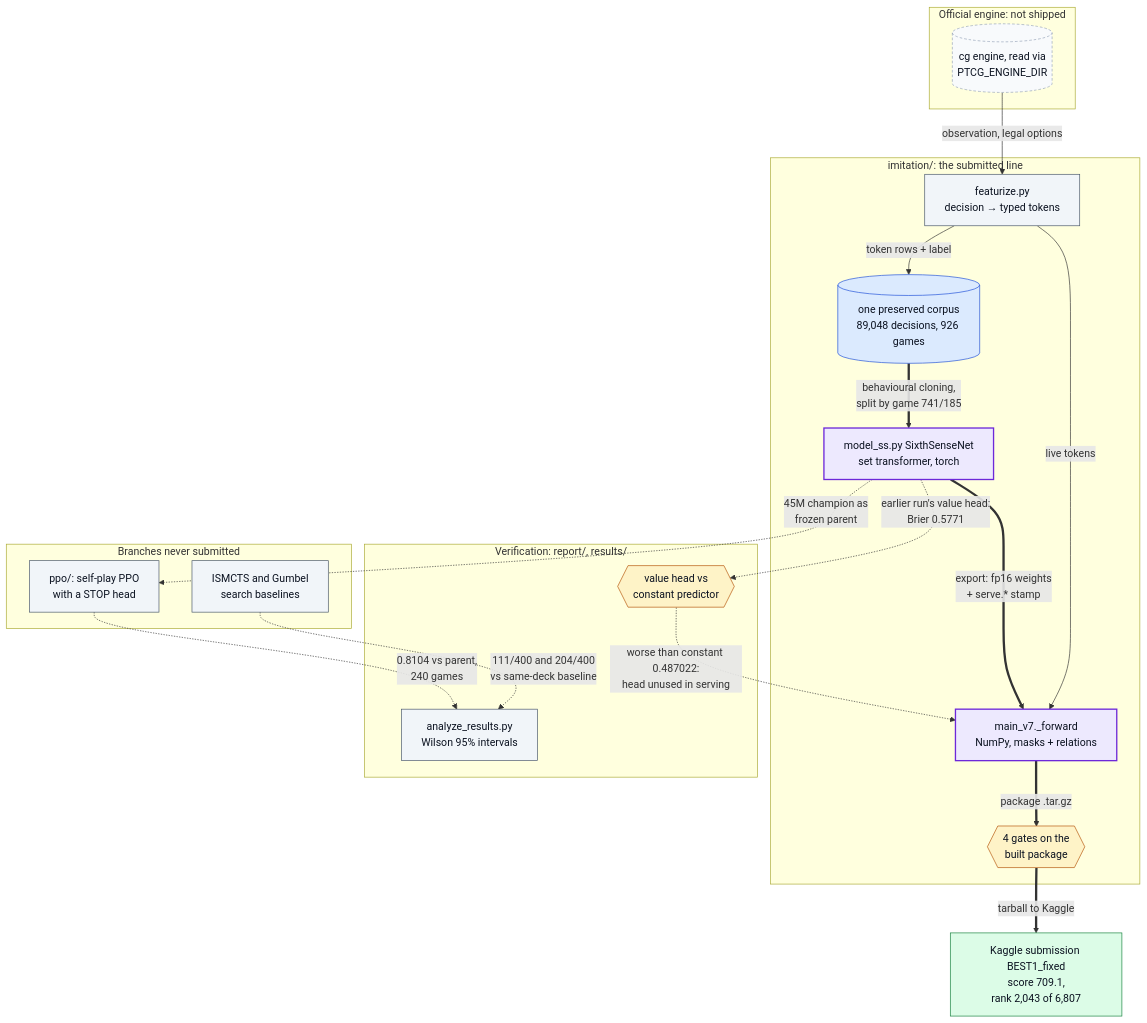
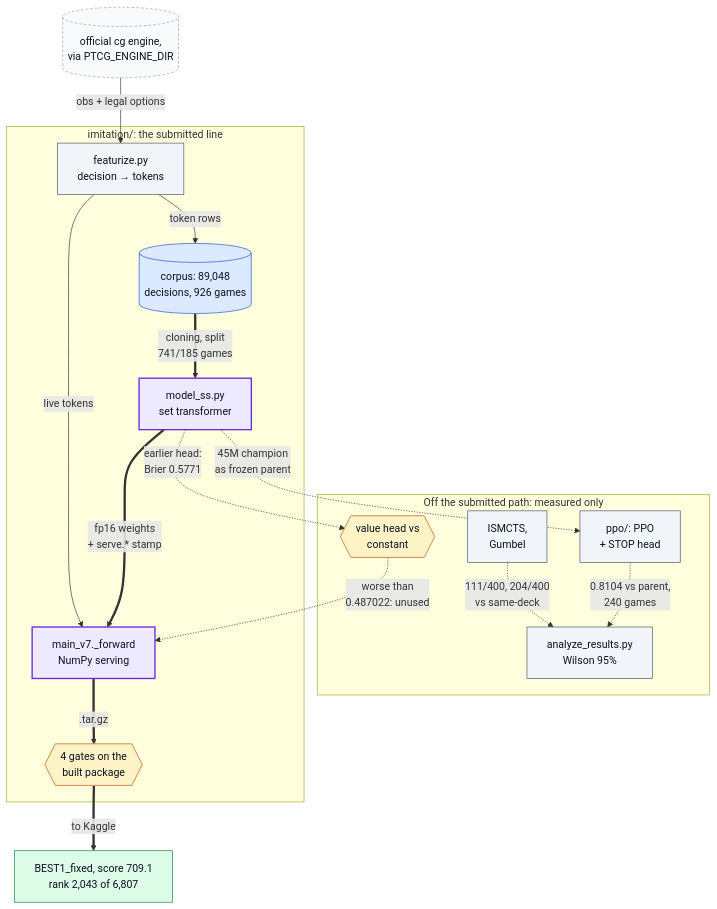
The first of 3 diagrams in README.md (oscar-chw/ptcg-ai-battle), drawn with Mermaid before and after one commit. The commit also changed other lines of this file and 2 other files, not shown here.

Commit message:
docs: make diagrams legible at README width

````diff
--- a/README.md
+++ b/README.md
@@ -16,47 +16,43 @@
 ```mermaid
 flowchart TB
-  subgraph ENGINE["Official engine: not shipped"]
-    ENG[("cg engine, read via<br/>PTCG_ENGINE_DIR")]
+  subgraph SIDE["Off the submitted path: measured only"]
+    PPO["ppo/: PPO<br/>+ STOP head"]
+    SEARCH["ISMCTS,<br/>Gumbel"]
+    WIL["analyze_results.py<br/>Wilson 95%"]
+    BRIER{{"value head vs<br/>constant"}}
   end
+  ENG[("official cg engine,<br/>via PTCG_ENGINE_DIR")]
   subgraph IMIT["imitation/: the submitted line"]
-    FEAT["featurize.py<br/>decision → typed tokens"]
-    CORP[("one preserved corpus<br/>89,048 decisions, 926 games")]
-    MODEL["model_ss.py SixthSenseNet<br/>set transformer, torch"]
-    SERVE["main_v7._forward<br/>NumPy, masks + relations"]
+    FEAT["featurize.py<br/>decision → tokens"]
+    CORP[("corpus: 89,048<br/>decisions, 926 games")]
+    MODEL["model_ss.py<br/>set transformer"]
+    SERVE["main_v7._forward<br/>NumPy serving"]
     GATES{{"4 gates on the<br/>built package"}}
   end
-  SUB["Kaggle submission BEST1_fixed<br/>score 709.1,<br/>rank 2,043 of 6,807"]
-  subgraph BRANCH["Branches never submitted"]
-    PPO["ppo/: self-play PPO<br/>with a STOP head"]
-    SEARCH["ISMCTS and Gumbel<br/>search baselines"]
-  end
-  subgraph VER["Verification: report/, results/"]
-    WIL["analyze_results.py<br/>Wilson 95% intervals"]
-    BRIER{{"value head vs<br/>constant predictor"}}
-  end
-  ENG -->|"observation, legal options"| FEAT
-  FEAT -->|"token rows + label"| CORP
-  CORP ==>|"behavioural cloning,<br/>split by game 741/185"| MODEL
-  MODEL ==>|"export: fp16 weights<br/>+ serve.* stamp"| SERVE
+  SUB["BEST1_fixed, score 709.1<br/>rank 2,043 of 6,807"]
+  ENG -->|"obs + legal options"| FEAT
+  FEAT -->|"token rows"| CORP
+  CORP ==>|"cloning, split<br/>741/185 games"| MODEL
+  MODEL ==>|"fp16 weights<br/>+ serve.* stamp"| SERVE
   FEAT -->|"live tokens"| SERVE
-  SERVE ==>|"package .tar.gz"| GATES
-  GATES ==>|"tarball to Kaggle"| SUB
-  MODEL -.->|"45M champion as<br/>frozen parent"| PPO
+  SERVE ==>|".tar.gz"| GATES
+  GATES ==>|"to Kaggle"| SUB
+  MODEL -.->|"45M champion<br/>as frozen parent"| PPO
   PPO -.->|"0.8104 vs parent,<br/>240 games"| WIL
-  SEARCH -.->|"111/400 and 204/400<br/>vs same-deck baseline"| WIL
-  MODEL -.->|"earlier run's value head:<br/>Brier 0.5771"| BRIER
-  BRIER -.->|"worse than constant 0.487022:<br/>head unused in serving"| SERVE
+  SEARCH -.->|"111/400, 204/400<br/>vs same-deck"| WIL
+  MODEL -.->|"earlier head:<br/>Brier 0.5771"| BRIER
+  BRIER -.->|"worse than<br/>0.487022: unused"| SERVE
 
   classDef data fill:#dbeafe,stroke:#1d4ed8,color:#0b1220
   classDef step fill:#f1f5f9,stroke:#475569,color:#0b1220
   classDef gate fill:#fef3c7,stroke:#b45309,color:#0b1220
   classDef out  fill:#dcfce7,stroke:#15803d,color:#0b1220
   classDef ext  fill:#f8fafc,stroke:#94a3b8,color:#0b1220,stroke-dasharray:4 3
   classDef key  fill:#ede9fe,stroke:#6d28d9,color:#0b1220,stroke-width:2px
   class ENG ext
   class CORP data
   class FEAT,PPO,SEARCH,WIL step
   class MODEL,SERVE key
   class GATES,BRIER gate
   class SUB out
 ```
````
